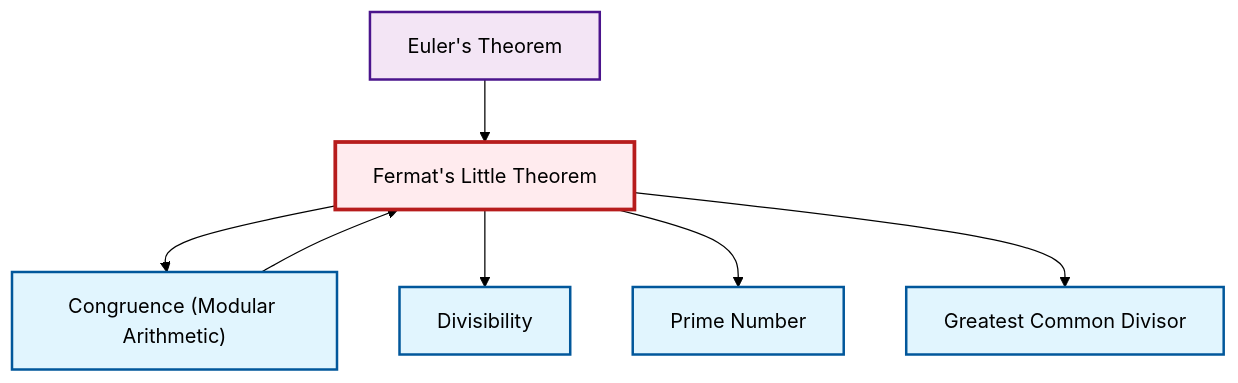
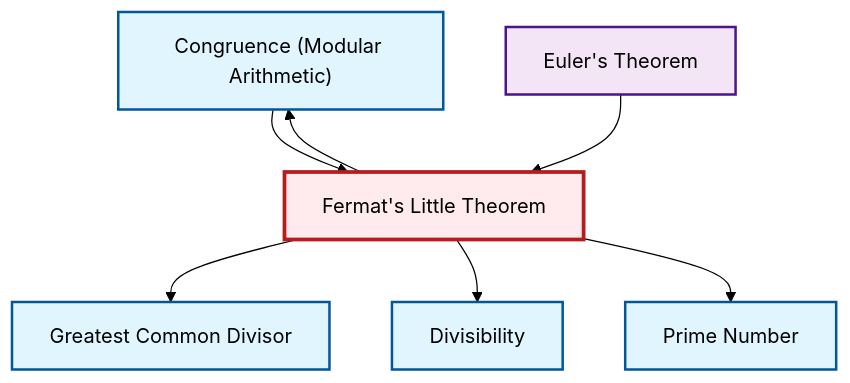
One commit to RK0429/ModernMath changed the diagram in output/mermaid/en/thm-fermat-little.mermaid. Above: the diagram before and after it, drawn with Mermaid (forest theme). The commit also changed other lines of this file and 1718 other files, not shown here.

```diff
--- a/output/mermaid/en/thm-fermat-little.mermaid
+++ b/output/mermaid/en/thm-fermat-little.mermaid
@@ -1,19 +1,19 @@
 graph TD
     classDef definition fill:#e1f5fe,stroke:#01579b,stroke-width:2px
     classDef theorem fill:#f3e5f5,stroke:#4a148c,stroke-width:2px
     classDef axiom fill:#fff3e0,stroke:#e65100,stroke-width:2px
     classDef example fill:#e8f5e9,stroke:#1b5e20,stroke-width:2px
     classDef current fill:#ffebee,stroke:#b71c1c,stroke-width:3px
+    def-congruence["Congruence (Modular Arithmetic)"]:::definition
     thm-euler["Euler's Theorem"]:::theorem
     thm-fermat-little["Fermat's Little Theorem"]:::theorem
+    def-gcd["Greatest Common Divisor"]:::definition
+    def-divisibility["Divisibility"]:::definition
     def-prime["Prime Number"]:::definition
-    def-gcd["Greatest Common Divisor"]:::definition
-    def-congruence["Congruence (Modular Arithmetic)"]:::definition
-    def-divisibility["Divisibility"]:::definition
     thm-fermat-little --> def-congruence
-    thm-euler --> thm-fermat-little
+    thm-fermat-little --> def-gcd
     def-congruence --> thm-fermat-little
     thm-fermat-little --> def-divisibility
+    thm-euler --> thm-fermat-little
     thm-fermat-little --> def-prime
-    thm-fermat-little --> def-gcd
     class thm-fermat-little current
```
